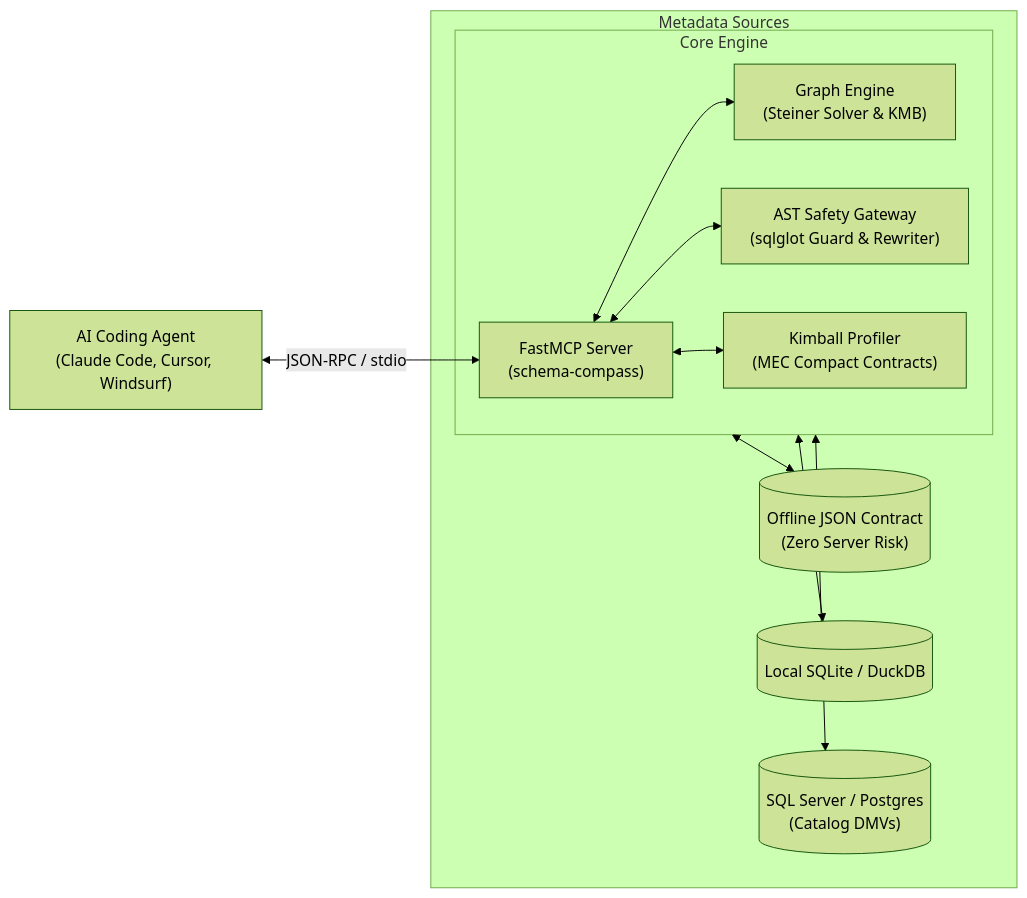
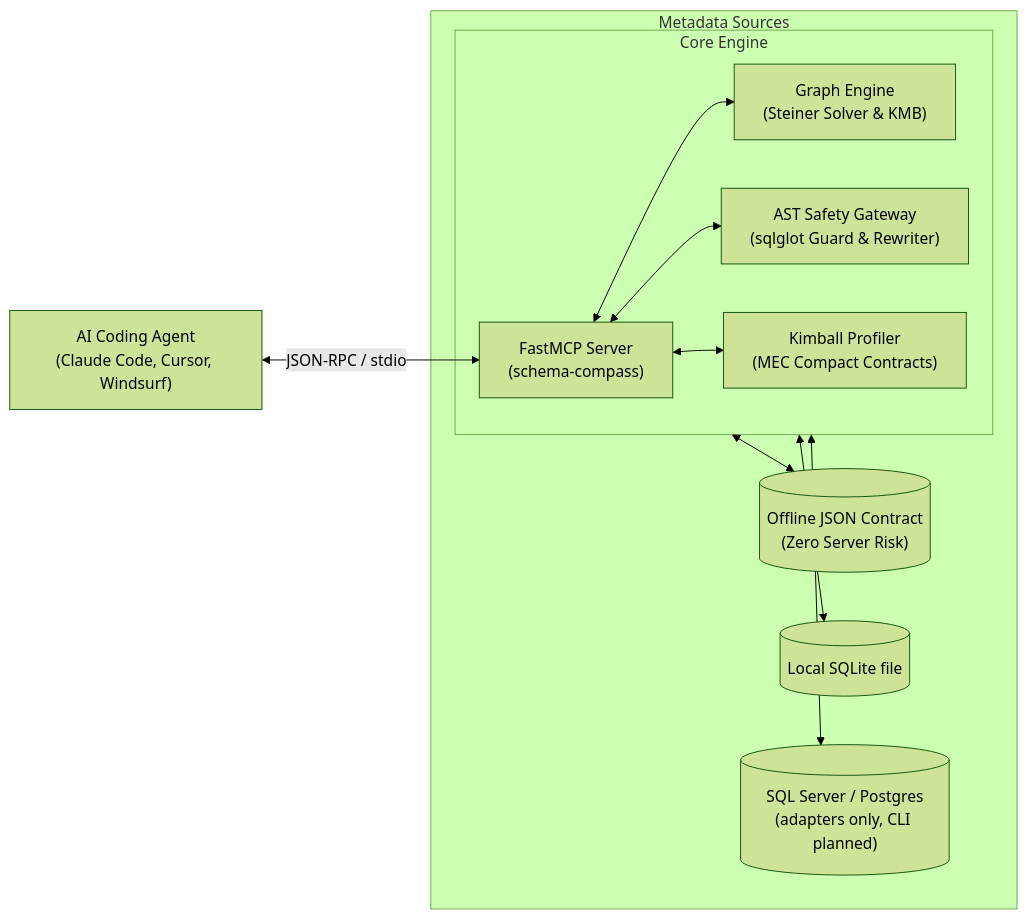
One commit to adulsaa-q/schema-compass changed the diagram in README.md. Above: the diagram before and after it, drawn with Mermaid (forest theme). The commit also changed other lines of this file and 10 other files, not shown here.

First line of the commit message:
fix(packaging): ship the sample schema in the package, single-source the version, make README truthful

````diff
--- a/README.md
+++ b/README.md
@@ -51,16 +50,16 @@
 ```mermaid
 flowchart LR
     A["AI Coding Agent<br/>(Claude Code, Cursor, Windsurf)"] <-->|JSON-RPC / stdio| B["FastMCP Server<br/>(schema-compass)"]
     
     subgraph Engine ["Core Engine"]
         B <--> C["Graph Engine<br/>(Steiner Solver & KMB)"]
         B <--> D["AST Safety Gateway<br/>(sqlglot Guard & Rewriter)"]
         B <--> E["Kimball Profiler<br/>(MEC Compact Contracts)"]
     end
 
     subgraph DataSources ["Metadata Sources"]
         Engine <--> F[("Offline JSON Contract<br/>(Zero Server Risk)")]
-        Engine <--> G[("Local SQLite / DuckDB")]
-        Engine <--> H[("SQL Server / Postgres<br/>(Catalog DMVs)")]
+        Engine <--> G[("Local SQLite file")]
+        Engine <--> H[("SQL Server / Postgres<br/>(adapters only, CLI planned)")]
     end
 ```
````
